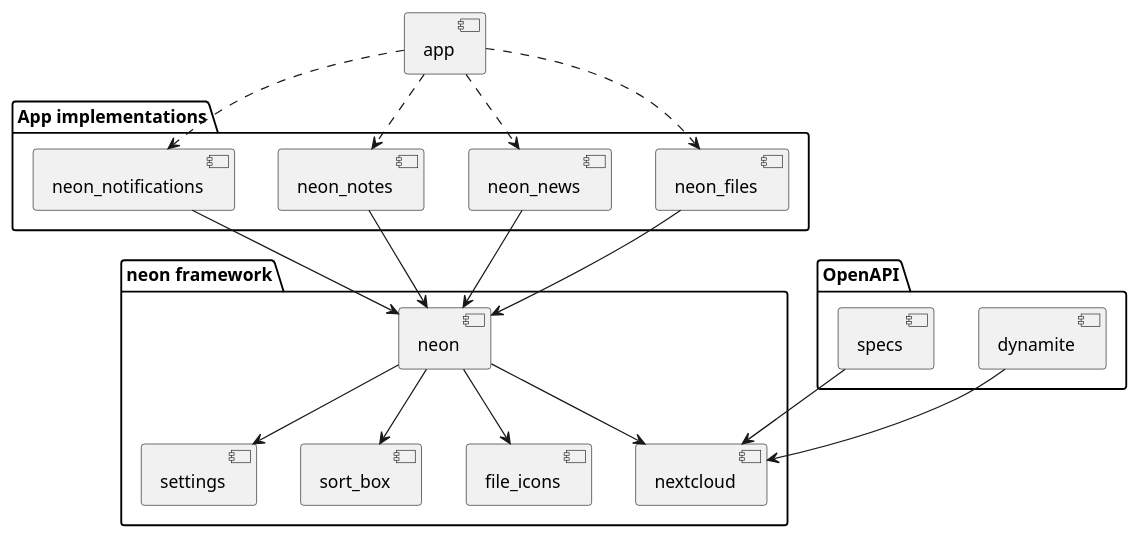
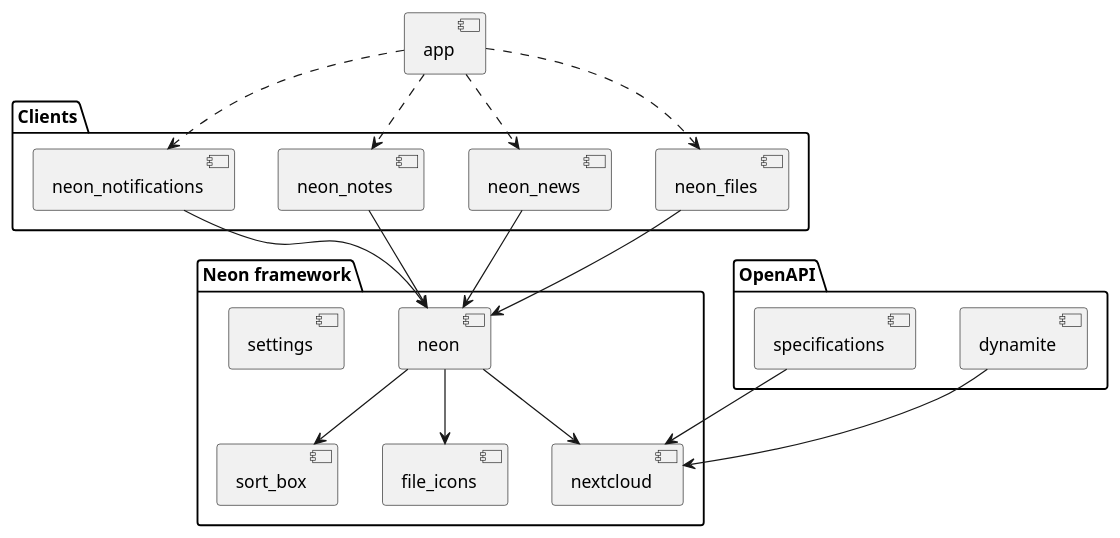
One commit to nextcloud/neon changed the diagram in docs/architecture.puml. Above: the diagram before and after it, drawn with PlantUML. The commit also changed 7 other files, not shown here.

```diff
--- a/docs/architecture.puml
+++ b/docs/architecture.puml
@@ -1,44 +1,43 @@
 @startuml architecture
 
-package "neon framework" {
+package "Neon framework" {
     component neon
     component nextcloud
     component settings
     component sort_box
     component file_icons
 }
 
-package "App implementations" {
+package "Clients" {
     component neon_files
     component neon_news
     component neon_notes
     component neon_notifications
 }
 
 package "OpenAPI" {
     component dynamite
-    component specs
+    component specifications
 }
 
 component app
 
 app ..> neon_files
 app ..> neon_news
 app ..> neon_notes
 app ..> neon_notifications
 
 neon_files --> neon
 neon_news --> neon
 neon_notes --> neon
 neon_notifications --> neon
 
 
 neon --> nextcloud
-neon --> settings
 neon --> sort_box
 neon --> file_icons
 
 dynamite --> nextcloud
-specs --> nextcloud
+specifications --> nextcloud
 
 @enduml
```
